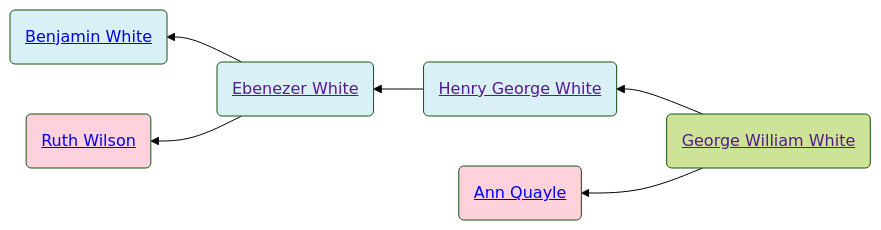
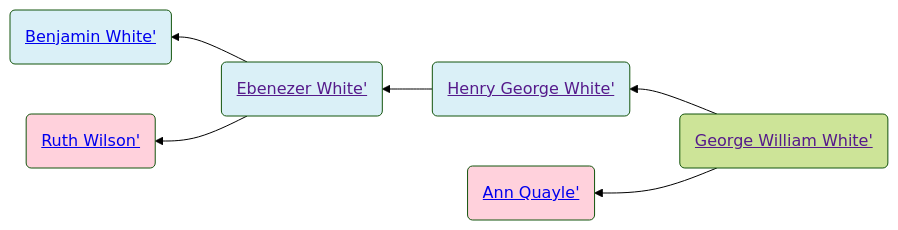
One commit to neelsmith/avocational changed the diagram in familyhistory/sources/people/Merrill-line/White-line/George_William_White.qmd. Above: the diagram before and after it, drawn with Mermaid (forest theme). The commit also changed 102 other files, not shown here.

````diff
--- a/familyhistory/sources/people/Merrill-line/White-line/George_William_White.qmd
+++ b/familyhistory/sources/people/Merrill-line/White-line/George_William_White.qmd
@@ -19,18 +19,18 @@
 ```{mermaid}
 graph RL
 %% RL ancestor diagram
-George_William_White(<a href=''>George William White</>) -->  Henry_George_White(<a href='./Henry_George_White.html'>Henry George White</>)
-Henry_George_White(<a href=''>Henry George White</>) -->  Ebenezer_White(<a href='./Ebenezer_White.html'>Ebenezer White</>)
-Ebenezer_White(<a href=''>Ebenezer White</>) -->  Benjamin_White(<a href='./Benjamin_White.html'>Benjamin White</>)
+George_William_White(<a href=''>George William White'</>) -->  Henry_George_White(<a href='./Henry_George_White.html'>Henry George White'</>)
+Henry_George_White(<a href=''>Henry George White'</>) -->  Ebenezer_White(<a href='./Ebenezer_White.html'>Ebenezer White'</>)
+Ebenezer_White(<a href=''>Ebenezer White'</>) -->  Benjamin_White(<a href='./Benjamin_White.html'>Benjamin White'</>)
 class Benjamin_White father
-Ebenezer_White(<a href=''>Ebenezer White</>)  --> Ruth_Wilson(<a href='./Wilson-line/Ruth_Wilson.html'>Ruth Wilson</>)
+Ebenezer_White(<a href=''>Ebenezer White'</>)  --> Ruth_Wilson(<a href='./Wilson-line/Ruth_Wilson.html'>Ruth Wilson'</>)
 class Ruth_Wilson mother
 class Ebenezer_White father
 class Henry_George_White father
-George_William_White(<a href=''>George William White</>)  --> Ann_Quayle(<a href='./Ann_Quayle.html'>Ann Quayle</>)
+George_William_White(<a href=''>George William White'</>)  --> Ann_Quayle(<a href='./Ann_Quayle.html'>Ann Quayle'</>)
 class Ann_Quayle mother
 classDef mother fill:#ffd1dc
 classDef father fill:#daf0f7  
 classDef marriage fill:#ffffff
 
 ```
````
